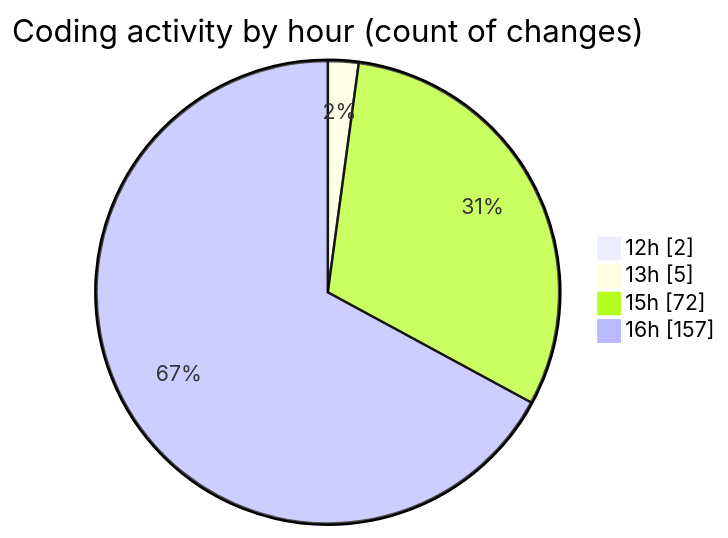
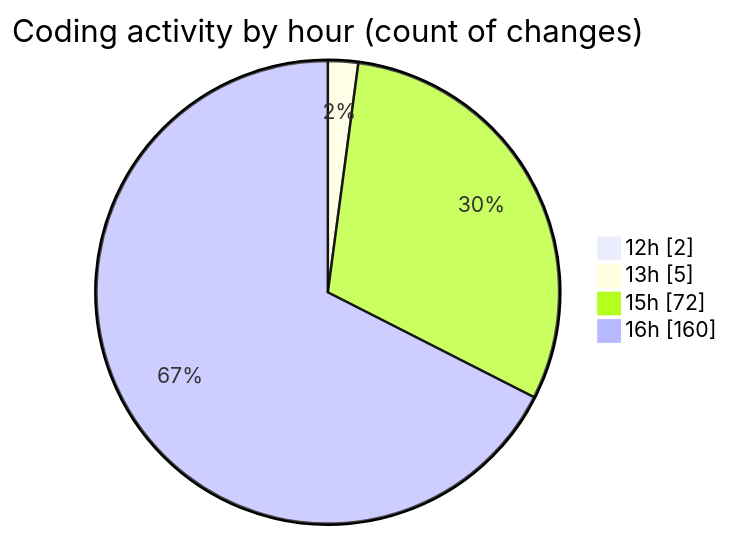
The second of 2 diagrams in 2025-07-12/fish/README.md (EIIisD/code-tracking), drawn with Mermaid before and after one commit. The commit also changed other lines of this file and 1 other file, not shown here.

````diff
--- a/2025-07-12/fish/README.md
+++ b/2025-07-12/fish/README.md
@@ -153,8 +153,8 @@
 ```mermaid
 pie showData
 title Coding activity by hour (count of changes)
 "12h" : 2
 "13h" : 5
 "15h" : 72
-"16h" : 157
+"16h" : 160
 ```
````
